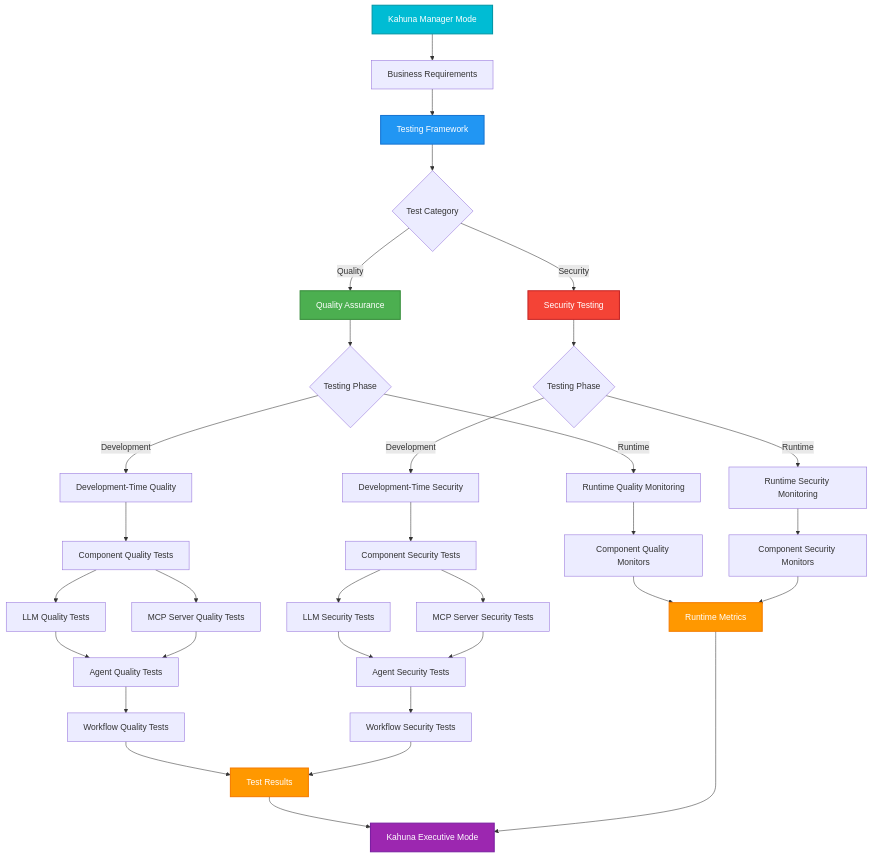
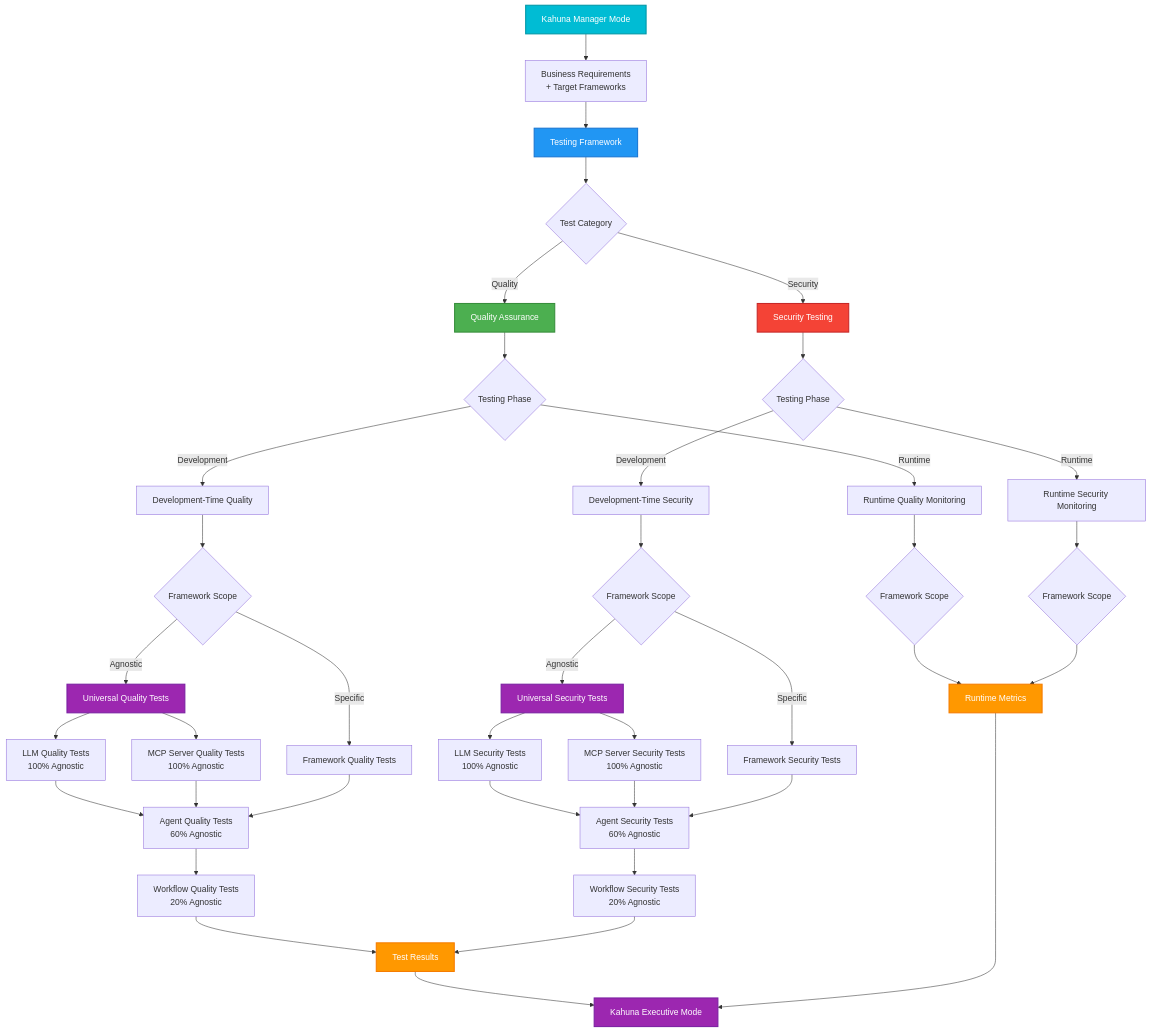
The first of 7 diagrams in docs/testing/architecture/testing_hierarchy.md (Aurite-ai/aurite-agents), drawn with Mermaid before and after one commit. The commit also changed other lines of this file and 4 other files, not shown here.

````diff
--- a/docs/testing/architecture/testing_hierarchy.md
+++ b/docs/testing/architecture/testing_hierarchy.md
@@ -9,60 +17,70 @@
 ```mermaid
 flowchart TD
     Start[Testing Framework] --> Split{Test Category}
 
     Split -->|Quality| QA[Quality Assurance]
     Split -->|Security| SEC[Security Testing]
 
     %% Quality Branch
     QA --> QPhase{Testing Phase}
     QPhase -->|Development| QDev[Development-Time Quality]
     QPhase -->|Runtime| QRun[Runtime Quality Monitoring]
 
     %% Security Branch
     SEC --> SPhase{Testing Phase}
     SPhase -->|Development| SDev[Development-Time Security]
     SPhase -->|Runtime| SRun[Runtime Security Monitoring]
 
-    %% Component Testing Hierarchy
-    QDev --> CompQ[Component Quality Tests]
-    QRun --> CompQM[Component Quality Monitors]
-    SDev --> CompS[Component Security Tests]
-    SRun --> CompSM[Component Security Monitors]
+    %% Framework Scope Split
+    QDev --> QScope{Framework Scope}
+    QRun --> QRScope{Framework Scope}
+    SDev --> SScope{Framework Scope}
+    SRun --> SRScope{Framework Scope}
 
-    %% Foundation Layer
-    CompQ --> LLM_Q[LLM Quality Tests]
-    CompQ --> MCP_Q[MCP Server Quality Tests]
-    CompS --> LLM_S[LLM Security Tests]
-    CompS --> MCP_S[MCP Server Security Tests]
+    %% Framework-Agnostic Path
+    QScope -->|Agnostic| QAgnostic[Universal Quality Tests]
+    QScope -->|Specific| QSpecific[Framework Quality Tests]
+    SScope -->|Agnostic| SAgnostic[Universal Security Tests]
+    SScope -->|Specific| SSpecific[Framework Security Tests]
 
-    %% Integration Layer
-    LLM_Q --> Agent_Q[Agent Quality Tests]
+    %% Component Testing Hierarchy - Agnostic
+    QAgnostic --> LLM_Q[LLM Quality Tests<br/>100% Agnostic]
+    QAgnostic --> MCP_Q[MCP Server Quality Tests<br/>100% Agnostic]
+    SAgnostic --> LLM_S[LLM Security Tests<br/>100% Agnostic]
+    SAgnostic --> MCP_S[MCP Server Security Tests<br/>100% Agnostic]
+
+    %% Component Testing - Mixed
+    LLM_Q --> Agent_Q[Agent Quality Tests<br/>60% Agnostic]
     MCP_Q --> Agent_Q
-    LLM_S --> Agent_S[Agent Security Tests]
+    LLM_S --> Agent_S[Agent Security Tests<br/>60% Agnostic]
     MCP_S --> Agent_S
+    QSpecific --> Agent_Q
+    SSpecific --> Agent_S
 
     %% Business Layer
-    Agent_Q --> WF_Q[Workflow Quality Tests]
-    Agent_S --> WF_S[Workflow Security Tests]
+    Agent_Q --> WF_Q[Workflow Quality Tests<br/>20% Agnostic]
+    Agent_S --> WF_S[Workflow Security Tests<br/>20% Agnostic]
 
     %% Results Flow
     WF_Q --> Results[Test Results]
     WF_S --> Results
-    CompQM --> Metrics[Runtime Metrics]
-    CompSM --> Metrics
+    QRScope --> Metrics[Runtime Metrics]
+    SRScope --> Metrics
 
     Results --> Kahuna_Exec[Kahuna Executive Mode]
     Metrics --> Kahuna_Exec
 
     %% Input from Manager Mode
-    Kahuna_Mgr[Kahuna Manager Mode] --> Requirements[Business Requirements]
+    Kahuna_Mgr[Kahuna Manager Mode] --> Requirements[Business Requirements<br/>+ Target Frameworks]
     Requirements --> Start
 
     style Start fill:#2196F3,stroke:#1976D2,stroke-width:2px,color:#fff
     style QA fill:#4CAF50,stroke:#388E3C,stroke-width:2px,color:#fff
     style SEC fill:#F44336,stroke:#C62828,stroke-width:2px,color:#fff
+    style QAgnostic fill:#9C27B0,stroke:#7B1FA2,stroke-width:2px,color:#fff
+    style SAgnostic fill:#9C27B0,stroke:#7B1FA2,stroke-width:2px,color:#fff
     style Results fill:#FF9800,stroke:#F57C00,stroke-width:2px,color:#fff
     style Metrics fill:#FF9800,stroke:#F57C00,stroke-width:2px,color:#fff
     style Kahuna_Exec fill:#9C27B0,stroke:#7B1FA2,stroke-width:2px,color:#fff
     style Kahuna_Mgr fill:#00BCD4,stroke:#0097A7,stroke-width:2px,color:#fff
 ```
````
